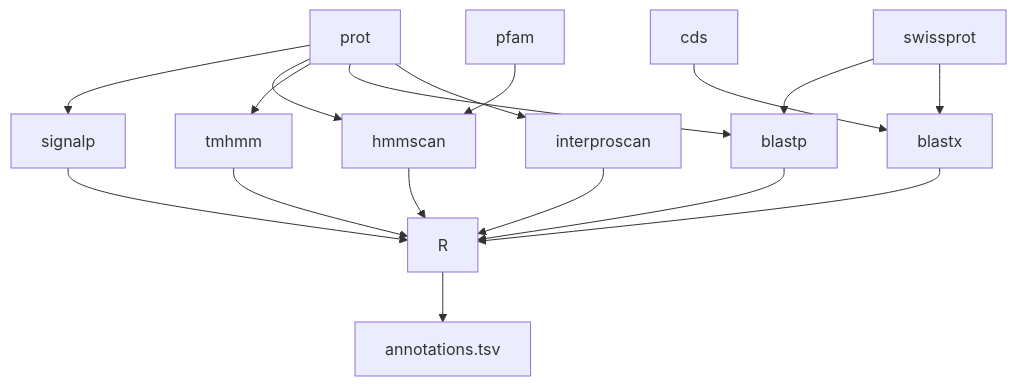
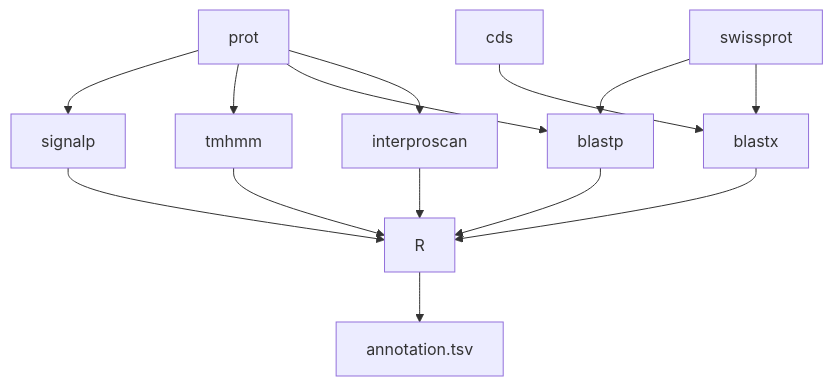
Before and after one commit to marine-omics/moat: the diagram in README.md, drawn with Mermaid. The commit also changed other lines of this file and 1 other file, not shown here.

Commit message:
Remove hmmscan

````diff
--- a/README.md
+++ b/README.md
@@ -7,19 +7,16 @@
 ```mermaid
 graph TD;
 	prot-->signalp;
-	prot-->hmmscan;
 	prot-->tmhmm;
 	prot-->blastp;
 	cds-->blastx;
 	swissprot-->blastp;
 	swissprot-->blastx;
-	pfam-->hmmscan;
 	prot-->interproscan;
 	signalp-->R;
 	tmhmm-->R;
-	hmmscan-->R;
 	blastp-->R;
 	blastx-->R;
 	interproscan-->R;
-	R-->annotations.tsv
+	R-->annotation.tsv
 ```
````
